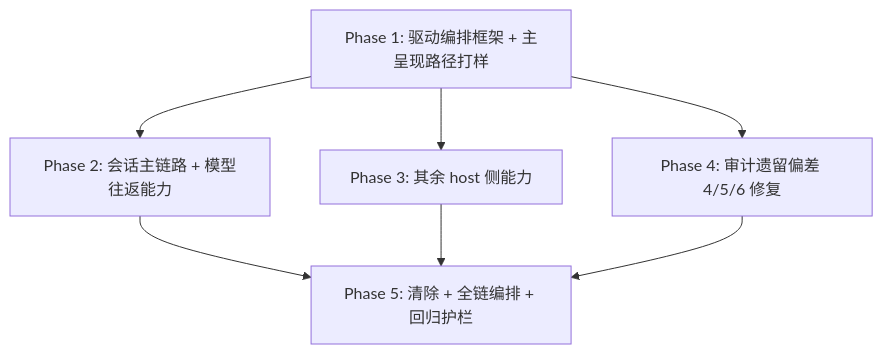
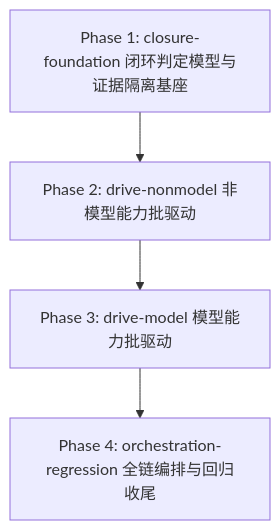
One commit to chenxidada/deepseek-harness changed the diagram in .specdev/specs/vscode-dsh-e2e-closure/phase-plan.md. Above: the diagram before and after it, drawn with Mermaid. The commit also changed other lines of this file and 29 other files, not shown here.

First line of the commit message:
Phase phase-1-closure-foundation: 闭环判定模型与 per-run 证据隔离基座

````diff
--- a/.specdev/specs/vscode-dsh-e2e-closure/phase-plan.md
+++ b/.specdev/specs/vscode-dsh-e2e-closure/phase-plan.md
@@ -16,9 +18,6 @@
 ```mermaid
 graph TD
-  P1[Phase 1: 驱动编排框架 + 主呈现路径打样] --> P2[Phase 2: 会话主链路 + 模型往返能力]
-  P1 --> P3[Phase 3: 其余 host 侧能力]
-  P1 --> P4[Phase 4: 审计遗留偏差 4/5/6 修复]
-  P2 --> P5[Phase 5: 清除 + 全链编排 + 回归护栏]
-  P3 --> P5
-  P4 --> P5
+  P1[Phase 1: closure-foundation 闭环判定模型与证据隔离基座] --> P2[Phase 2: drive-nonmodel 非模型能力批驱动]
+  P2 --> P3[Phase 3: drive-model 模型能力批驱动]
+  P3 --> P4[Phase 4: orchestration-regression 全链编排与回归收尾]
 ```
````
